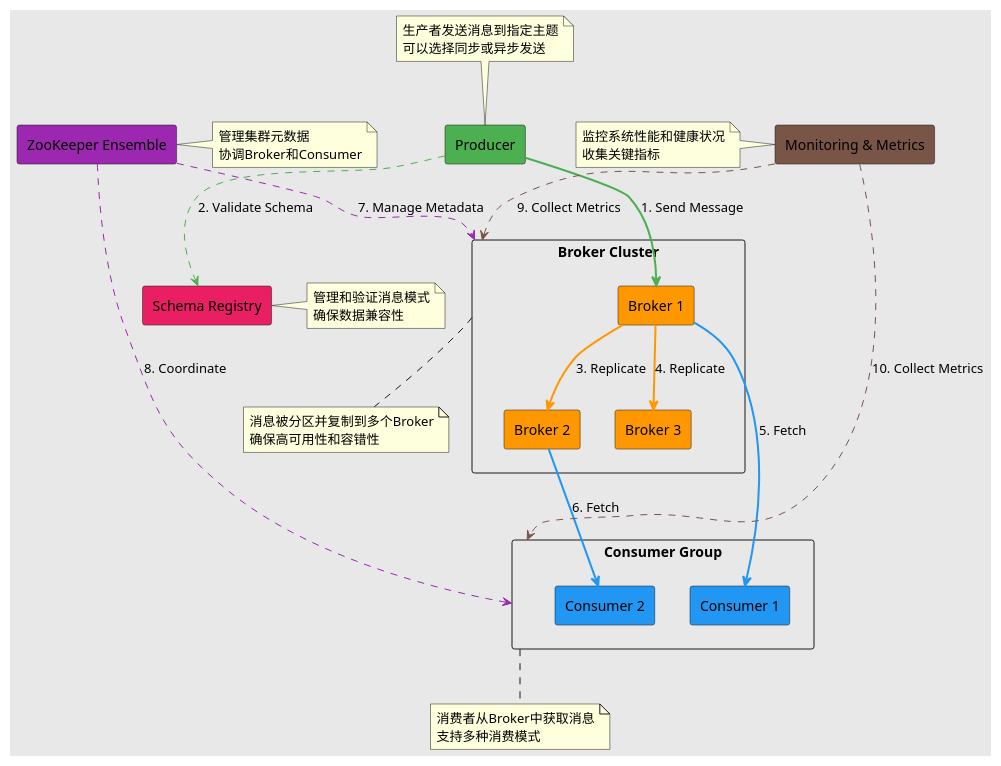
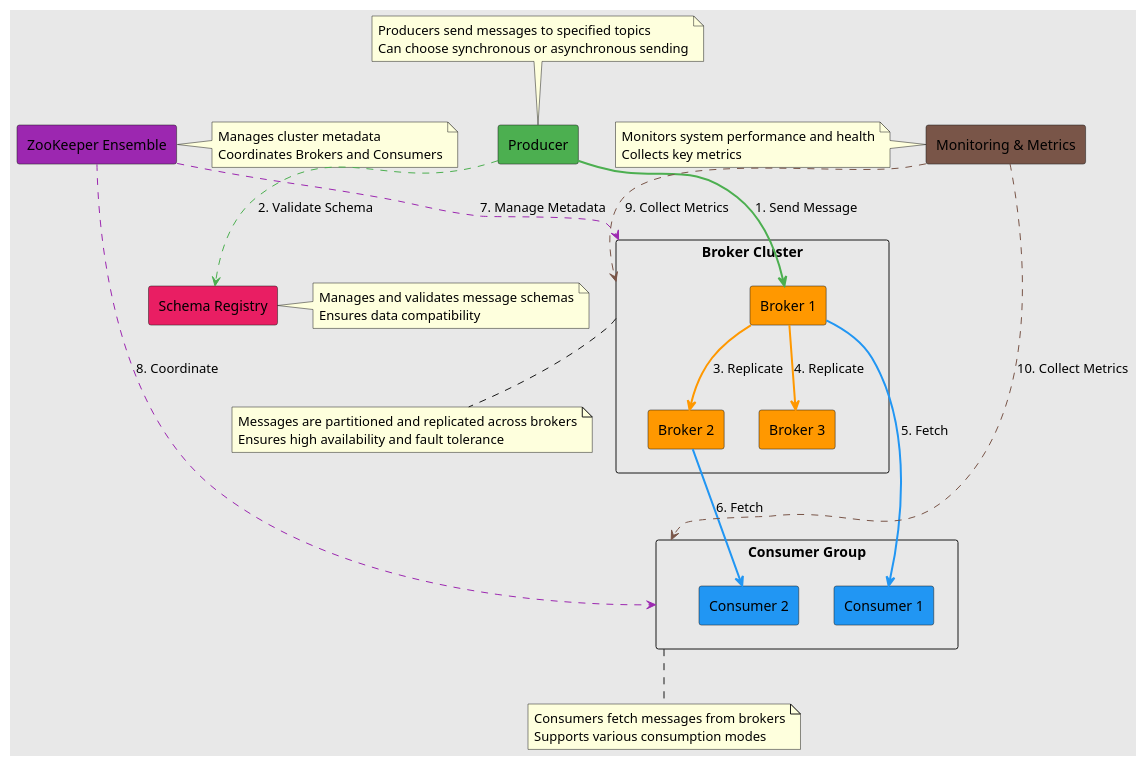
The diagram in architecture_diagrams/kafka_data_flow_detailed_process.puml (huangyingw/system_design), drawn with PlantUML before and after one commit.

```diff
--- a/architecture_diagrams/kafka_data_flow_detailed_process.puml
+++ b/architecture_diagrams/kafka_data_flow_detailed_process.puml
@@ -1,62 +1,62 @@
 @startuml
 skinparam backgroundColor #E8E8E8
 
-' 定义组件
+' Define components
 rectangle "Producer" as Producer #4CAF50
 rectangle "Broker Cluster" as BrokerCluster {
     rectangle "Broker 1" as Broker1 #FF9800
     rectangle "Broker 2" as Broker2 #FF9800
     rectangle "Broker 3" as Broker3 #FF9800
 }
 rectangle "ZooKeeper Ensemble" as ZooKeeper #9C27B0
 rectangle "Consumer Group" as ConsumerGroup {
     rectangle "Consumer 1" as Consumer1 #2196F3
     rectangle "Consumer 2" as Consumer2 #2196F3
 }
 rectangle "Schema Registry" as SchemaRegistry #E91E63
 rectangle "Monitoring & Metrics" as Monitoring #795548
 
-' 定义连接
+' Define connections
 Producer -[#4CAF50,thickness=2]-> Broker1 : 1. Send Message
 Producer -[#4CAF50,dashed]-> SchemaRegistry : 2. Validate Schema
 Broker1 -[#FF9800,thickness=2]-> Broker2 : 3. Replicate
 Broker1 -[#FF9800,thickness=2]-> Broker3 : 4. Replicate
 Broker1 -[#2196F3,thickness=2]-> Consumer1 : 5. Fetch
 Broker2 -[#2196F3,thickness=2]-> Consumer2 : 6. Fetch
 ZooKeeper -[#9C27B0,dashed]-> BrokerCluster : 7. Manage Metadata
 ZooKeeper -[#9C27B0,dashed]-> ConsumerGroup : 8. Coordinate
 Monitoring -[#795548,dashed]-> BrokerCluster : 9. Collect Metrics
 Monitoring -[#795548,dashed]-> ConsumerGroup : 10. Collect Metrics
 
-' 添加注释
+' Add notes
 note top of Producer
-    生产者发送消息到指定主题
-    可以选择同步或异步发送
+    Producers send messages to specified topics
+    Can choose synchronous or asynchronous sending
 end note
 
 note bottom of BrokerCluster
-    消息被分区并复制到多个Broker
-    确保高可用性和容错性
+    Messages are partitioned and replicated across brokers
+    Ensures high availability and fault tolerance
 end note
 
 note bottom of ConsumerGroup
-    消费者从Broker中获取消息
-    支持多种消费模式
+    Consumers fetch messages from brokers
+    Supports various consumption modes
 end note
 
 note right of SchemaRegistry
-    管理和验证消息模式
-    确保数据兼容性
+    Manages and validates message schemas
+    Ensures data compatibility
 end note
 
 note right of ZooKeeper
-    管理集群元数据
-    协调Broker和Consumer
+    Manages cluster metadata
+    Coordinates Brokers and Consumers
 end note
 
 note left of Monitoring
-    监控系统性能和健康状况
-    收集关键指标
+    Monitors system performance and health
+    Collects key metrics
 end note
 
 @enduml
```
